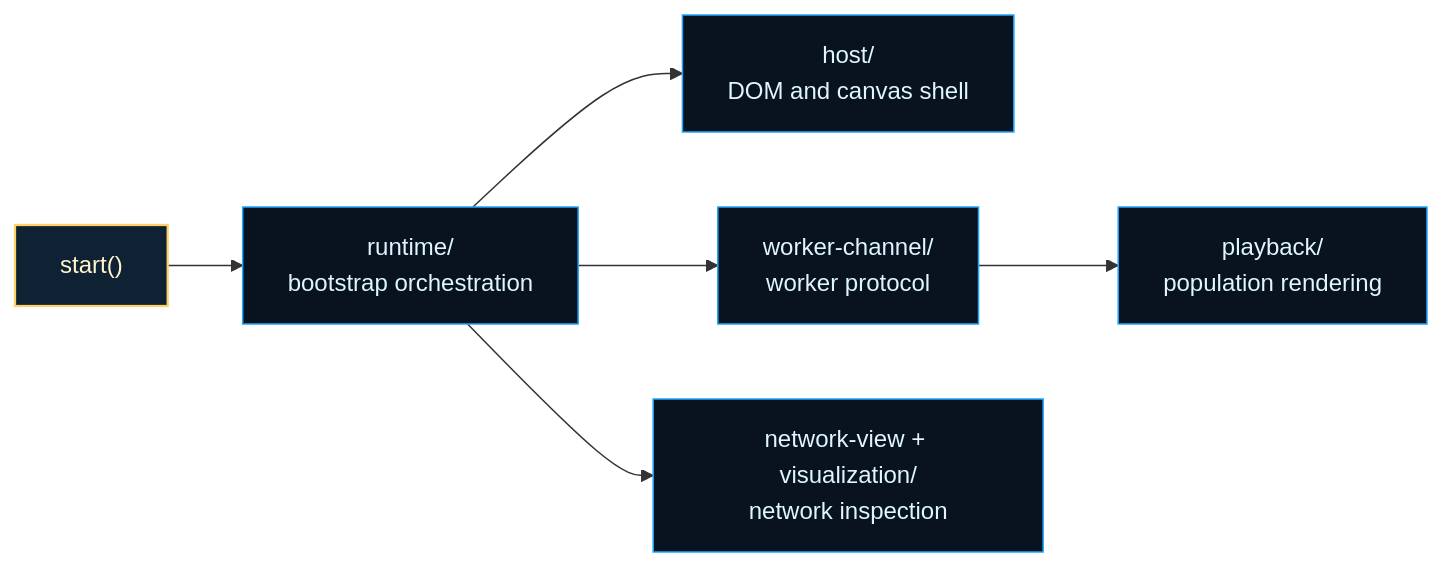
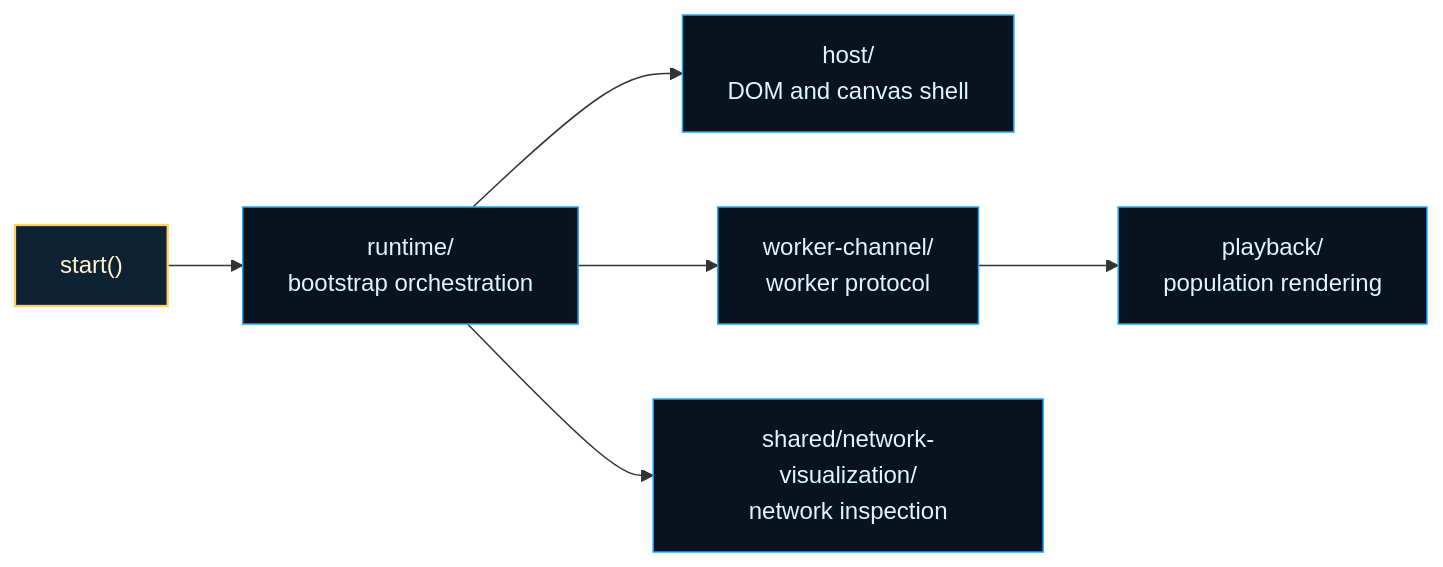
Before and after one commit to reicek/NeatapticTS: the first of 3 diagrams in examples/flappy_bird/browser-entry/README.md, drawn with Mermaid. The commit also changed other lines of this file and 122 other files, not shown here.

````diff
--- a/examples/flappy_bird/browser-entry/README.md
+++ b/examples/flappy_bird/browser-entry/README.md
@@ -33,11 +33,11 @@
 ```mermaid
 flowchart LR
   classDef base fill:#08131f,stroke:#1ea7ff,color:#dff6ff,stroke-width:1px;
   classDef accent fill:#0f2233,stroke:#ffd166,color:#fff4cc,stroke-width:1.5px;
 
   Start["start()"]:::accent --> Runtime["runtime/\nbootstrap orchestration"]:::base
   Runtime --> Host["host/\nDOM and canvas shell"]:::base
   Runtime --> Channel["worker-channel/\nworker protocol"]:::base
   Channel --> Playback["playback/\npopulation rendering"]:::base
-  Runtime --> Network["network-view + visualization/\nnetwork inspection"]:::base
+  Runtime --> Network["shared/network-visualization/\nnetwork inspection"]:::base
 ```
````
